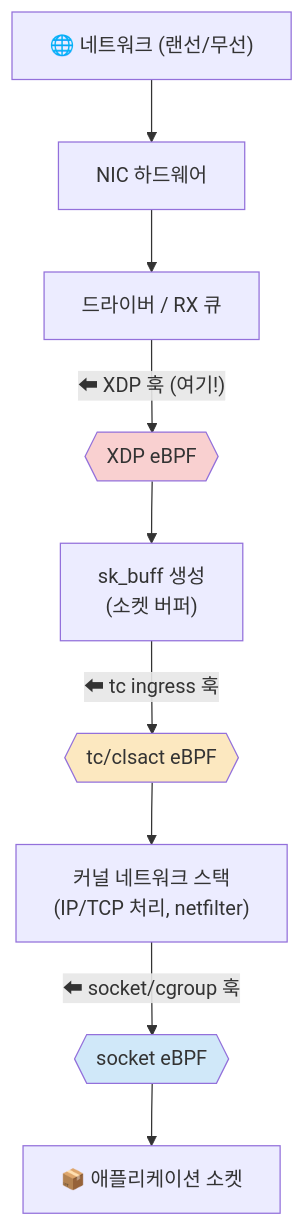
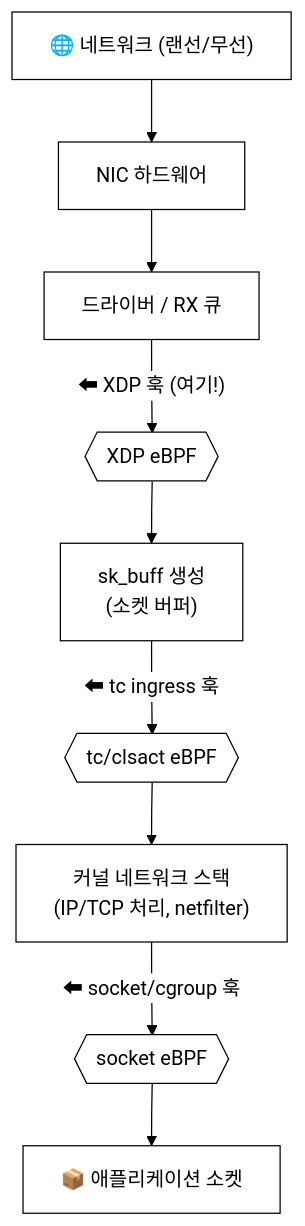
The first of 6 diagrams in docs/lecture/12주차_eBPF_네트워킹_XDP_tc_Cilium.md (iamywl/ebpf-lab), drawn with Mermaid before and after one commit. The commit also changed other lines of this file and 33 other files, not shown here.

First line of the commit message:
강의자료: 다이어그램 흑백(논문 스타일) 통일 + 실제 실행 스크린샷 삽입

````diff
--- a/docs/lecture/12주차_eBPF_네트워킹_XDP_tc_Cilium.md
+++ b/docs/lecture/12주차_eBPF_네트워킹_XDP_tc_Cilium.md
@@ -19,14 +19,15 @@
 ```mermaid
+%%{init: {"theme":"base","themeVariables":{"background":"#ffffff","primaryColor":"#ffffff","primaryBorderColor":"#000000","primaryTextColor":"#000000","secondaryColor":"#ffffff","secondaryBorderColor":"#000000","secondaryTextColor":"#000000","tertiaryColor":"#ffffff","tertiaryBorderColor":"#000000","tertiaryTextColor":"#000000","lineColor":"#000000","textColor":"#000000","mainBkg":"#ffffff","secondBkg":"#ffffff","clusterBkg":"#ffffff","clusterBorder":"#000000","edgeLabelBackground":"#ffffff","nodeBorder":"#000000","defaultLinkColor":"#000000","titleColor":"#000000","actorBkg":"#ffffff","actorBorder":"#000000","actorTextColor":"#000000","actorLineColor":"#000000","signalColor":"#000000","signalTextColor":"#000000","labelBoxBkgColor":"#ffffff","labelBoxBorderColor":"#000000","labelTextColor":"#000000","loopTextColor":"#000000","noteBkgColor":"#ffffff","noteBorderColor":"#000000","noteTextColor":"#000000","activationBkgColor":"#ffffff","activationBorderColor":"#000000","sequenceNumberColor":"#000000","cScale0":"#ffffff","cScale1":"#ffffff","cScale2":"#ffffff","cScale3":"#ffffff","cScale4":"#ffffff","cScale5":"#ffffff","cScale6":"#ffffff","cScale7":"#ffffff","cScale8":"#ffffff","cScale9":"#ffffff","cScale10":"#ffffff","cScale11":"#ffffff","cScaleLabel0":"#000000","cScaleLabel1":"#000000","cScaleLabel2":"#000000","cScaleLabel3":"#000000","cScaleLabel4":"#000000","cScaleLabel5":"#000000","cScaleLabel6":"#000000","cScaleLabel7":"#000000","cScaleLabel8":"#000000","cScaleLabel9":"#000000","cScaleLabel10":"#000000","cScaleLabel11":"#000000","pie1":"#ffffff","pie2":"#eeeeee","pie3":"#dddddd","pie4":"#cccccc","fontFamily":"Georgia, serif"}}}%%
 flowchart TB
     WIRE["🌐 네트워크 (랜선/무선)"] --> NIC["NIC 하드웨어"]
     NIC --> DRV["드라이버 / RX 큐"]
     DRV -->|"⬅ XDP 훅 (여기!)"| XDP{{"XDP eBPF"}}
     XDP --> SKB["sk_buff 생성\n(소켓 버퍼)"]
     SKB -->|"⬅ tc ingress 훅"| TCI{{"tc/clsact eBPF"}}
     TCI --> STACK["커널 네트워크 스택\n(IP/TCP 처리, netfilter)"]
     STACK -->|"⬅ socket/cgroup 훅"| SOCK{{"socket eBPF"}}
     SOCK --> APP["📦 애플리케이션 소켓"]
-    style XDP fill:#f9d0d0
-    style TCI fill:#fce8c0
-    style SOCK fill:#d0e8f9
+    style XDP fill:#ffffff
+    style TCI fill:#ffffff
+    style SOCK fill:#ffffff
 ```
````
